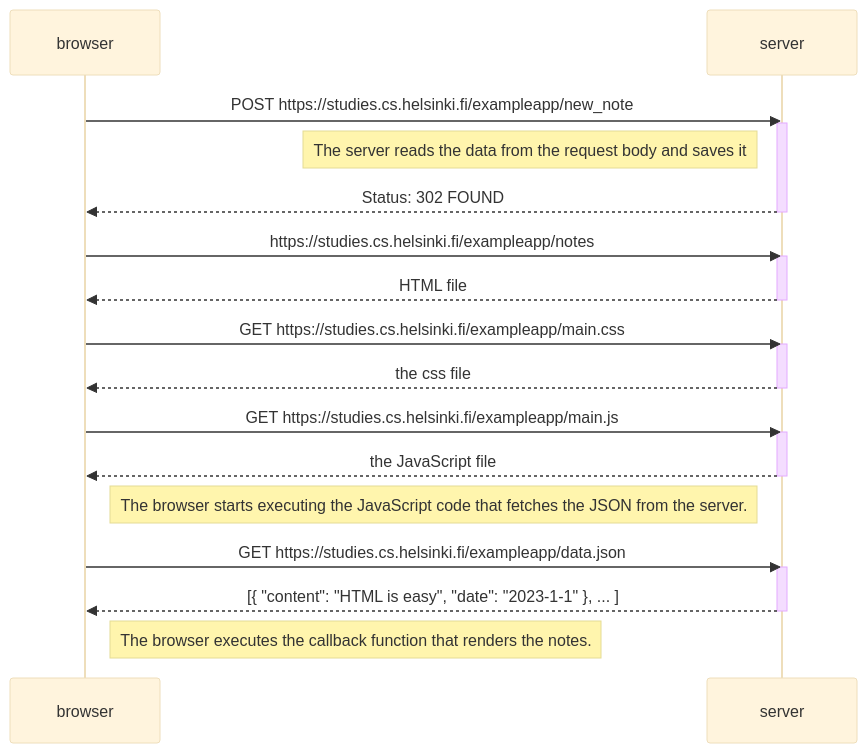
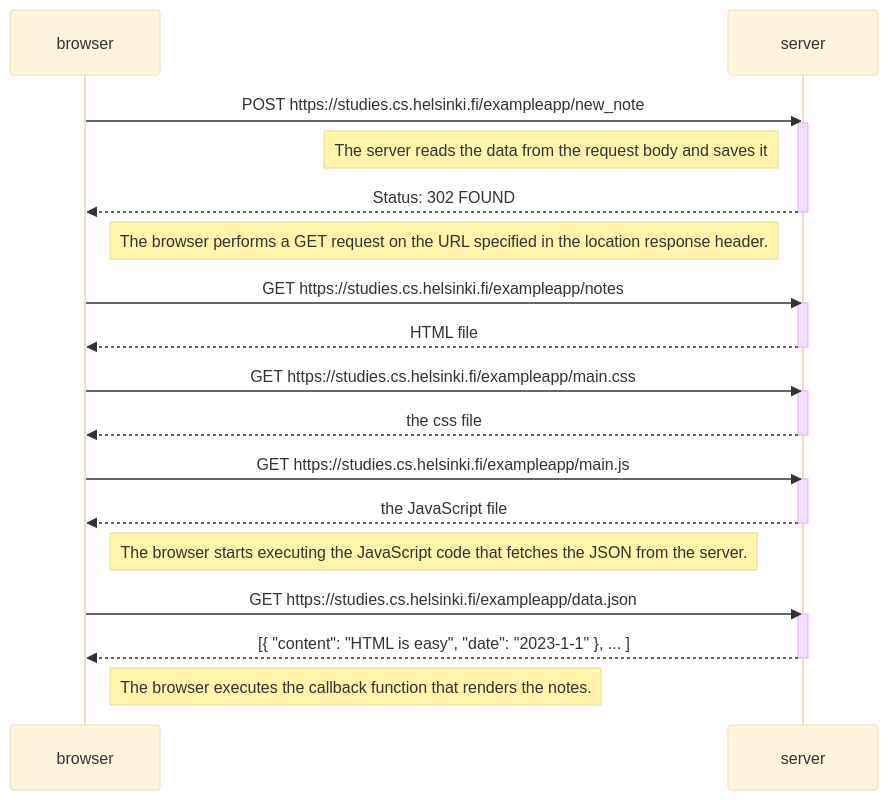
Before and after one commit to dreathed/FullStackOpenSubmissions: the diagram in part0/0-4.md, drawn with Mermaid (base theme).

Commit message:
add a GET

````diff
--- a/part0/0-4.md
+++ b/part0/0-4.md
@@ -1,35 +1,37 @@
 ```mermaid
 sequenceDiagram
     participant browser
     participant server
 
     browser->>server: POST https://studies.cs.helsinki.fi/exampleapp/new_note
     activate server
     Note left of server: The server reads the data from the request body and saves it
     server-->>browser: Status: 302 FOUND
     deactivate server
 
-    browser->>server: https://studies.cs.helsinki.fi/exampleapp/notes
+    Note right of browser: The browser performs a GET request on the URL specified in the location response header.
+
+    browser->>server: GET https://studies.cs.helsinki.fi/exampleapp/notes
     activate server
     server-->>browser: HTML file
     deactivate server
 
     browser->>server: GET https://studies.cs.helsinki.fi/exampleapp/main.css
     activate server
     server-->>browser: the css file
     deactivate server
 
     browser->>server: GET https://studies.cs.helsinki.fi/exampleapp/main.js
     activate server
     server-->>browser: the JavaScript file
     deactivate server
 
     Note right of browser: The browser starts executing the JavaScript code that fetches the JSON from the server.
 
     browser->>server: GET https://studies.cs.helsinki.fi/exampleapp/data.json
     activate server
     server-->>browser: [{ "content": "HTML is easy", "date": "2023-1-1" }, ... ]
     deactivate server
 
     Note right of browser: The browser executes the callback function that renders the notes.
 ```
````
